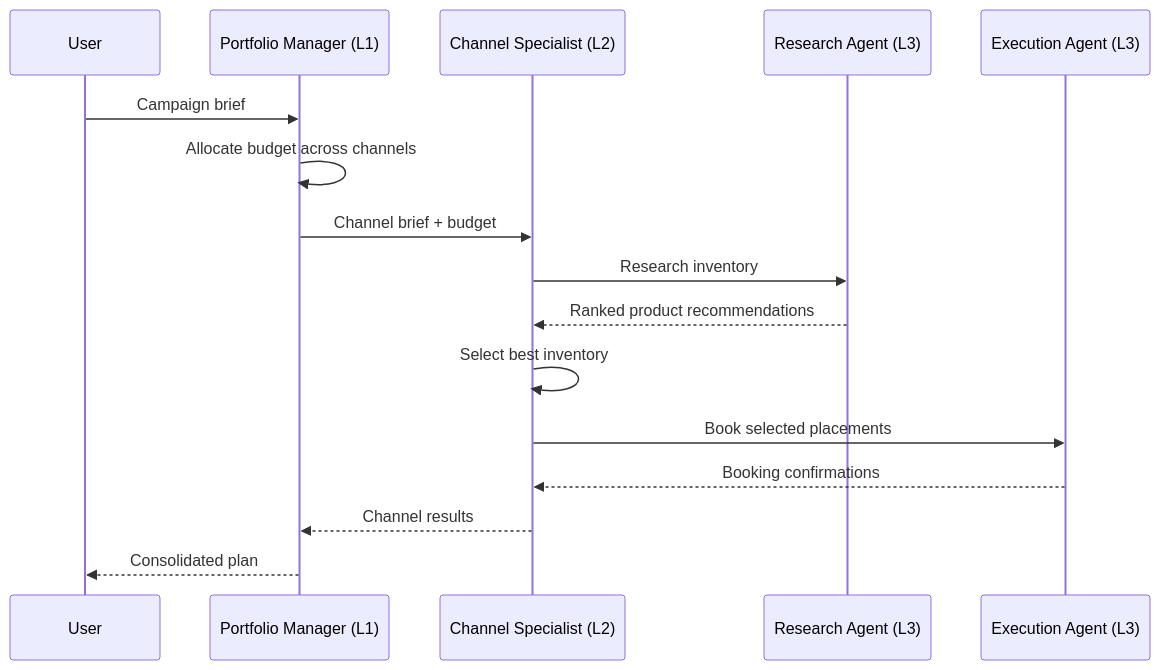
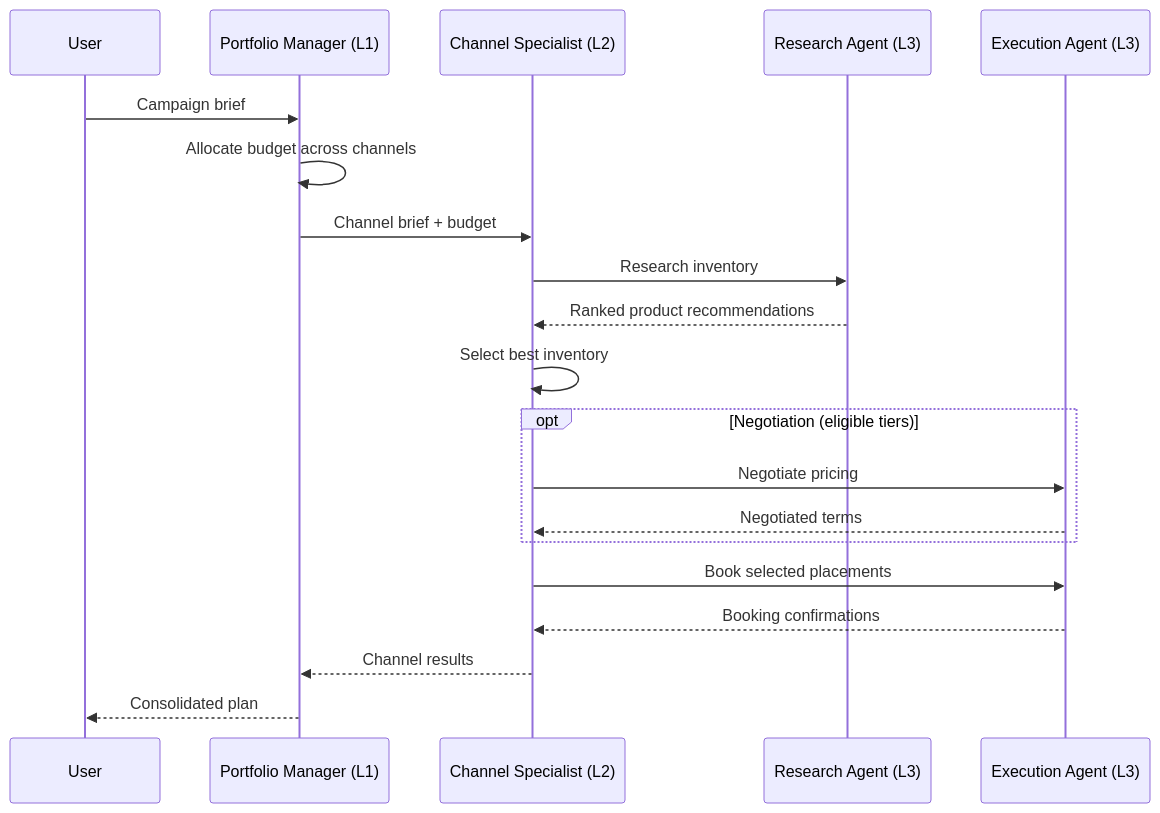
The second of 2 diagrams in docs/architecture/agent-hierarchy.md (arkevo/buyer-agent), drawn with Mermaid before and after one commit. The commit also changed 9 other files, not shown here.

````diff
--- a/docs/architecture/agent-hierarchy.md
+++ b/docs/architecture/agent-hierarchy.md
@@ -346,20 +346,24 @@
 ```mermaid
 sequenceDiagram
     participant User
     participant PM as Portfolio Manager (L1)
     participant CS as Channel Specialist (L2)
     participant RA as Research Agent (L3)
     participant EA as Execution Agent (L3)
 
     User->>PM: Campaign brief
     PM->>PM: Allocate budget across channels
     PM->>CS: Channel brief + budget
 
     CS->>RA: Research inventory
     RA-->>CS: Ranked product recommendations
     CS->>CS: Select best inventory
+    opt Negotiation (eligible tiers)
+        CS->>EA: Negotiate pricing
+        EA-->>CS: Negotiated terms
+    end
     CS->>EA: Book selected placements
     EA-->>CS: Booking confirmations
     CS-->>PM: Channel results
     PM-->>User: Consolidated plan
 ```
````
